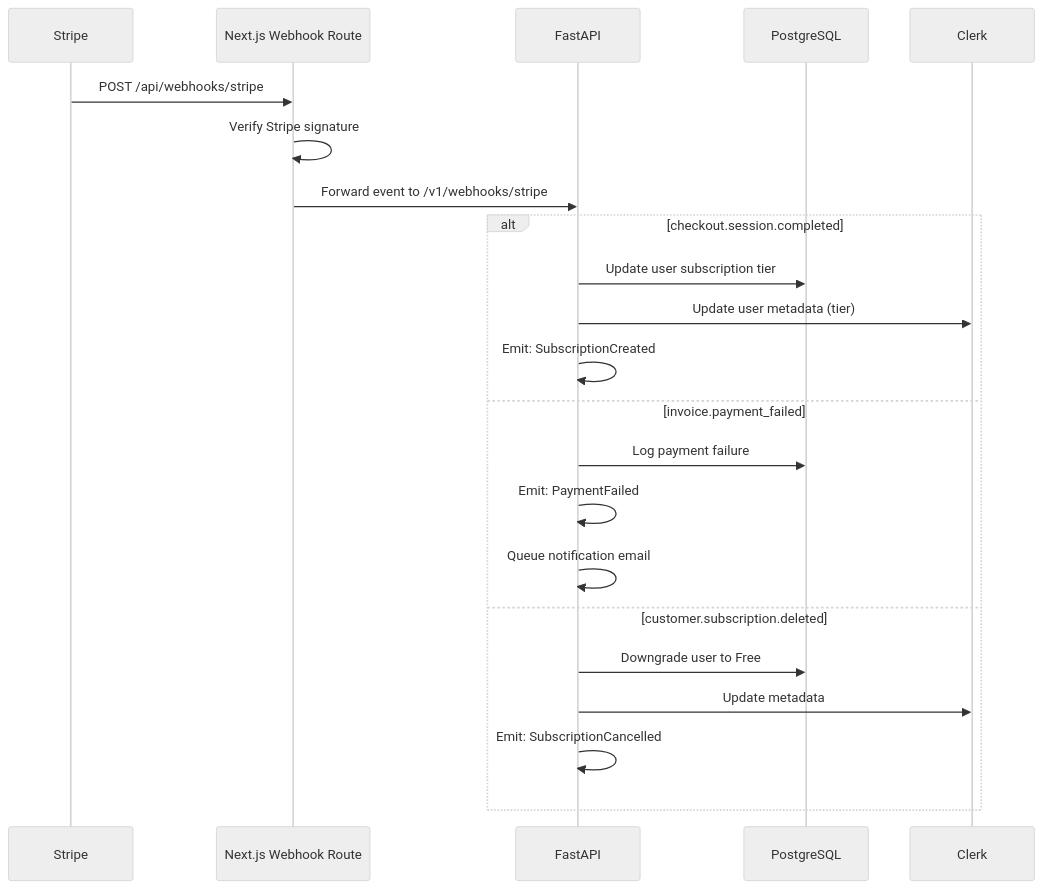
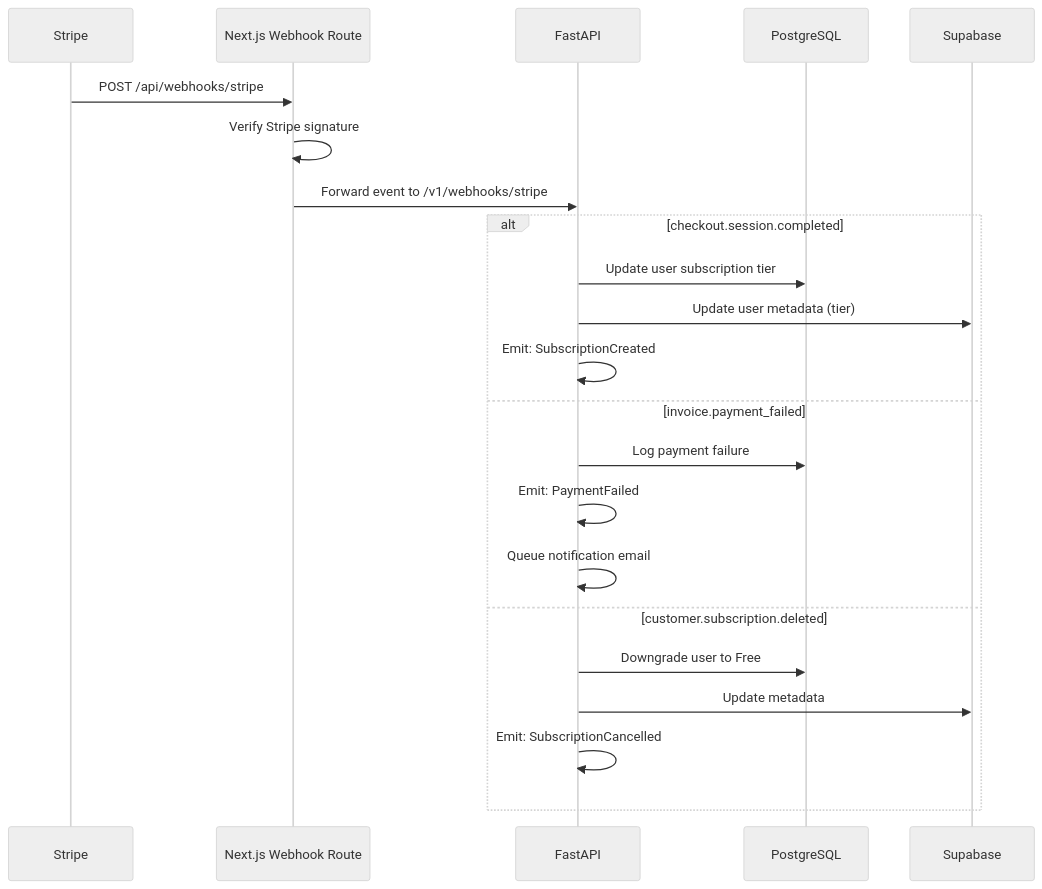
Before and after one commit to ayushrai1235/TravelMate: the second of 3 diagrams in docs/04-architecture/Event Flow.md, drawn with Mermaid (neutral theme). The commit also changed other lines of this file and 77 other files, not shown here.

Commit message:
feat: initialize core backend architecture and documentation for TravelMate API service

````diff
--- a/docs/04-architecture/Event Flow.md
+++ b/docs/04-architecture/Event Flow.md
@@ -97,26 +97,26 @@
 ```mermaid
 sequenceDiagram
     participant Stripe
     participant NextJS as Next.js Webhook Route
     participant FastAPI
     participant DB as PostgreSQL
-    participant Clerk
+    participant Supabase
 
     Stripe->>NextJS: POST /api/webhooks/stripe
     NextJS->>NextJS: Verify Stripe signature
     NextJS->>FastAPI: Forward event to /v1/webhooks/stripe
     
     alt checkout.session.completed
         FastAPI->>DB: Update user subscription tier
-        FastAPI->>Clerk: Update user metadata (tier)
+        FastAPI->>Supabase: Update user metadata (tier)
         FastAPI->>FastAPI: Emit: SubscriptionCreated
     else invoice.payment_failed
         FastAPI->>DB: Log payment failure
         FastAPI->>FastAPI: Emit: PaymentFailed
         FastAPI->>FastAPI: Queue notification email
     else customer.subscription.deleted
         FastAPI->>DB: Downgrade user to Free
-        FastAPI->>Clerk: Update metadata
+        FastAPI->>Supabase: Update metadata
         FastAPI->>FastAPI: Emit: SubscriptionCancelled
     end
 ```
````
